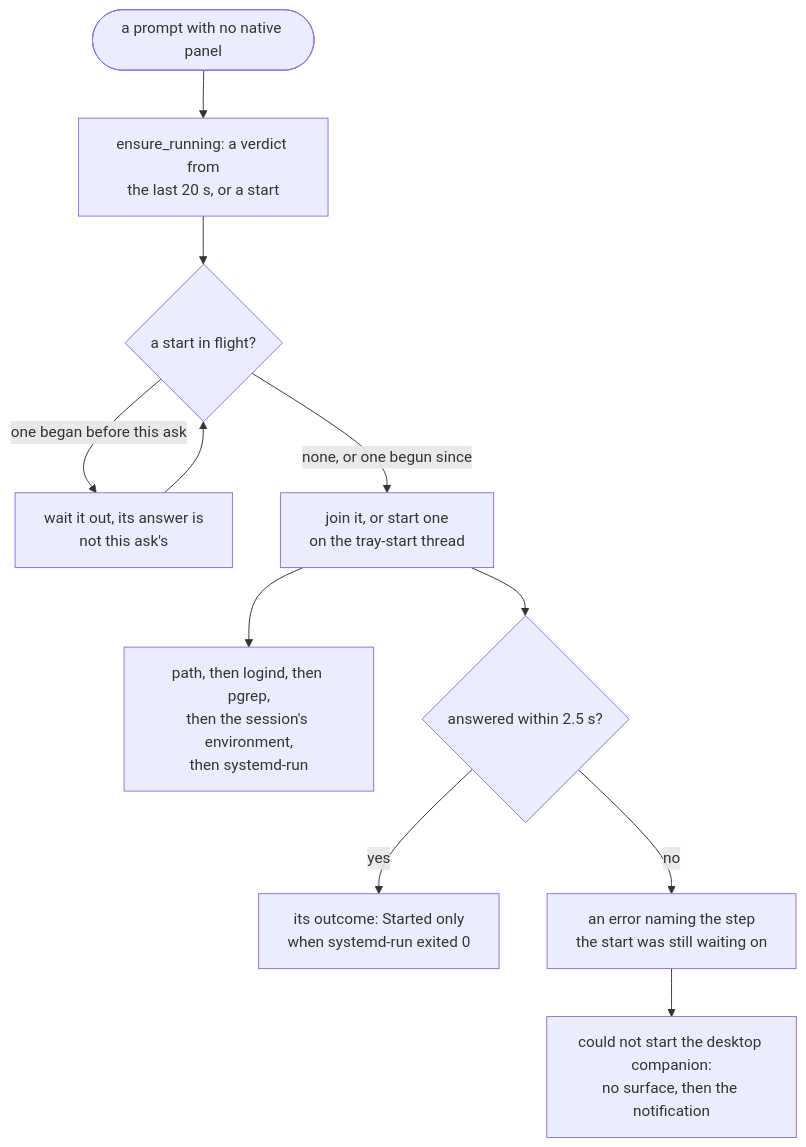
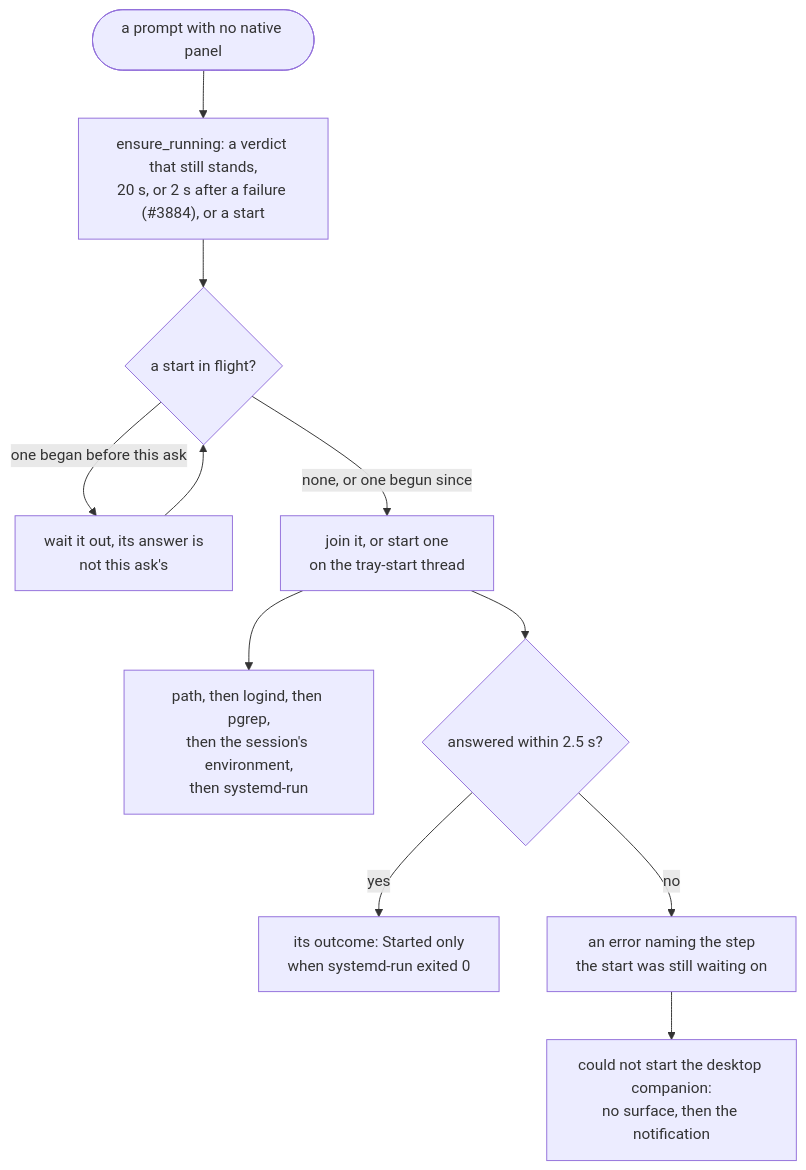
Before and after one commit to gjovanov/roomler-ai: diagram 15 of 31 in docs/desktop-companion.md, drawn with Mermaid. The commit also changed other lines of this file and 14 other files, not shown here.

First line of the commit message:
docs(rc): the prompt's tray start, asked again after a failure and off the WS loop

````diff
--- a/docs/desktop-companion.md
+++ b/docs/desktop-companion.md
@@ -1220,13 +1220,13 @@
 ```mermaid
 flowchart TD
-    P([a prompt with no native panel]) --> E[ensure_running: a verdict from<br/>the last 20 s, or a start]
+    P([a prompt with no native panel]) --> E["ensure_running: a verdict that still stands,<br/>20 s, or 2 s after a failure (#3884), or a start"]
     E --> A{a start in flight?}
     A -->|one began before this ask| W[wait it out, its answer is<br/>not this ask's]
     W --> A
     A -->|none, or one begun since| S[join it, or start one<br/>on the tray-start thread]
     S --> T[path, then logind, then pgrep,<br/>then the session's environment,<br/>then systemd-run]
     S --> K{answered within 2.5 s?}
     K -->|yes| V[its outcome: Started only<br/>when systemd-run exited 0]
     K -->|no| F[an error naming the step<br/>the start was still waiting on]
     F --> N[could not start the desktop companion:<br/>no surface, then the notification]
 ```
````
